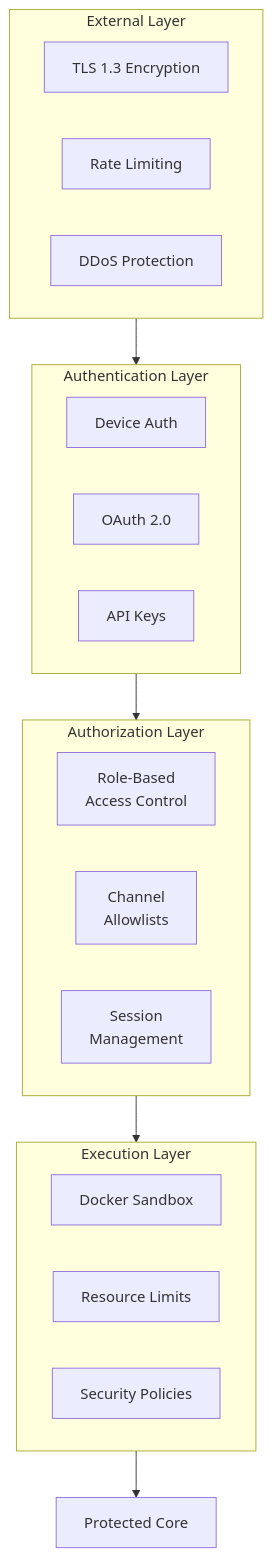
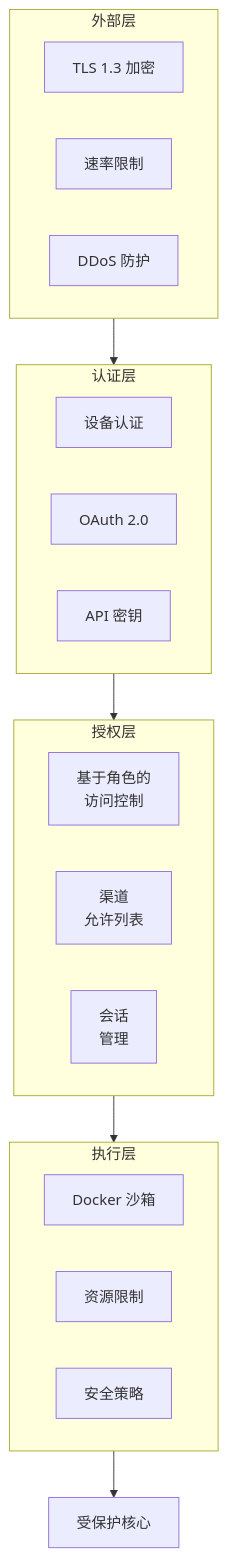
One commit to Elarwei001/research_openclaw changed the first of 6 diagrams in src/content/docs/zh-cn/components/security-auth.md. Above: the diagram before and after it, drawn with Mermaid. The commit also changed other lines of this file and 70 other files, not shown here.

````diff
--- a/src/content/docs/zh-cn/components/security-auth.md
+++ b/src/content/docs/zh-cn/components/security-auth.md
@@ -15,29 +15,29 @@
 ```mermaid
 flowchart TB
-    subgraph External["External Layer"]
-        TLS["TLS 1.3 Encryption"]
-        Rate["Rate Limiting"]
-        DDoS["DDoS Protection"]
+    subgraph External["外部层"]
+        TLS["TLS 1.3 加密"]
+        Rate["速率限制"]
+        DDoS["DDoS 防护"]
     end
     
-    subgraph Auth["Authentication Layer"]
-        Device["Device Auth"]
+    subgraph Auth["认证层"]
+        Device["设备认证"]
         OAuth["OAuth 2.0"]
-        APIKey["API Keys"]
+        APIKey["API 密钥"]
     end
     
-    subgraph Access["Authorization Layer"]
-        RBAC["Role-Based<br/>Access Control"]
-        Allowlist["Channel<br/>Allowlists"]
-        Sessions["Session<br/>Management"]
+    subgraph Access["授权层"]
+        RBAC["基于角色的<br/>访问控制"]
+        Allowlist["渠道<br/>允许列表"]
+        Sessions["会话<br/>管理"]
     end
     
-    subgraph Execution["Execution Layer"]
-        Sandbox["Docker Sandbox"]
-        Limits["Resource Limits"]
-        Policy["Security Policies"]
+    subgraph Execution["执行层"]
+        Sandbox["Docker 沙箱"]
+        Limits["资源限制"]
+        Policy["安全策略"]
     end
     
     External --> Auth --> Access --> Execution
-    Execution --> Core["Protected Core"]
+    Execution --> Core["受保护核心"]
 ```
````
